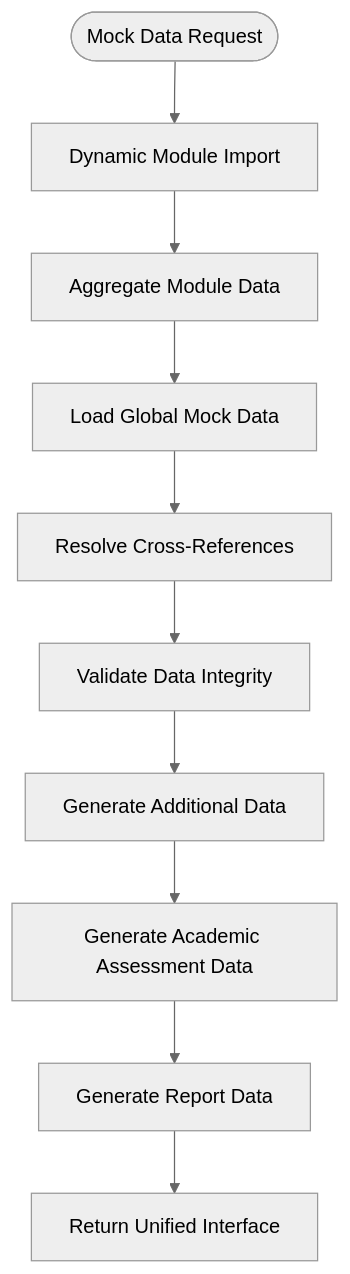
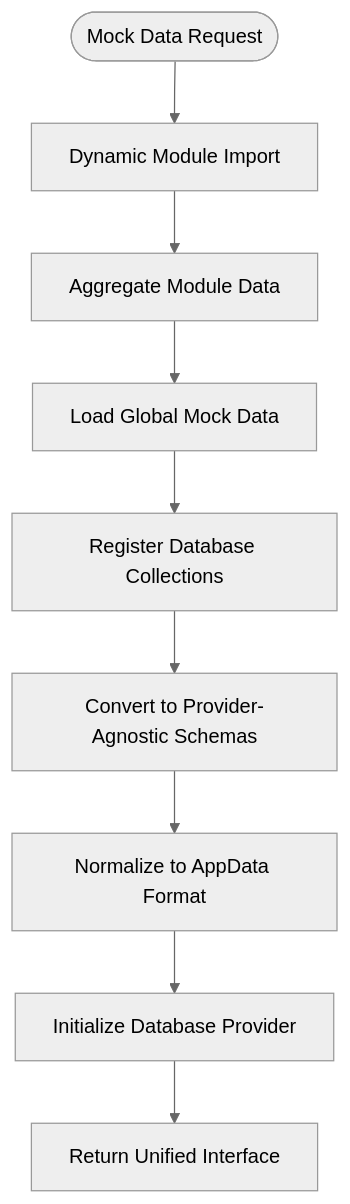
The third of 6 diagrams in .qoder/repowiki/en/content/Mock Data Dev Guide.md (geniusdynamics/schoolpilot), drawn with Mermaid (neutral theme) before and after one commit. The commit also changed other lines of this file and 311 other files, not shown here.

````diff
--- a/.qoder/repowiki/en/content/Mock Data Dev Guide.md
+++ b/.qoder/repowiki/en/content/Mock Data Dev Guide.md
@@ -182,12 +159,11 @@
 ```mermaid
 flowchart TD
 Start(["Mock Data Request"]) --> Dynamic["Dynamic Module Import"]
 Dynamic --> Aggregate["Aggregate Module Data"]
 Aggregate --> Global["Load Global Mock Data"]
-Global --> Resolve["Resolve Cross-References"]
-Resolve --> Validate["Validate Data Integrity"]
-Validate --> Generate["Generate Additional Data"]
-Generate --> Academic["Generate Academic Assessment Data"]
-Academic --> Report["Generate Report Data"]
-Report --> Return["Return Unified Interface"]
+Global --> Collections["Register Database Collections"]
+Collections --> Convert["Convert to Provider-Agnostic Schemas"]
+Convert --> AppData["Normalize to AppData Format"]
+AppData --> Provider["Initialize Database Provider"]
+Provider --> Return["Return Unified Interface"]
 ```
````
